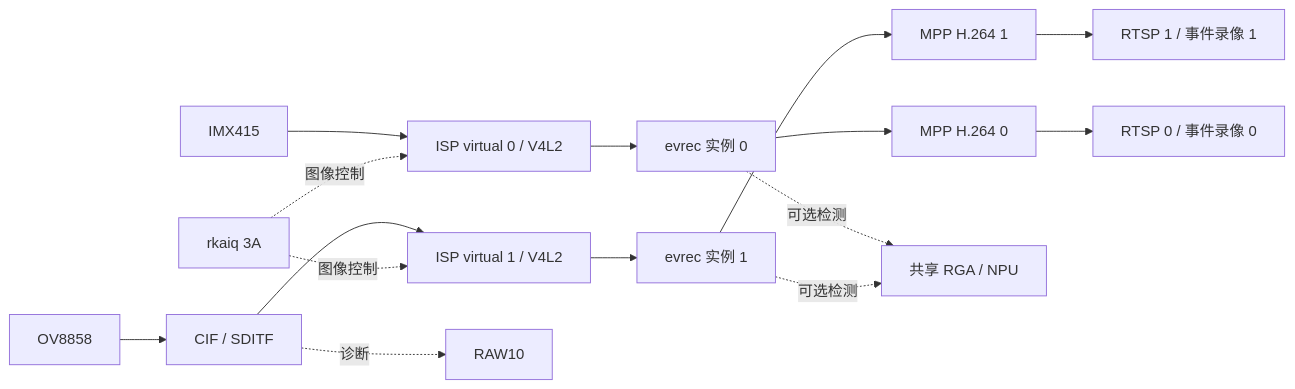
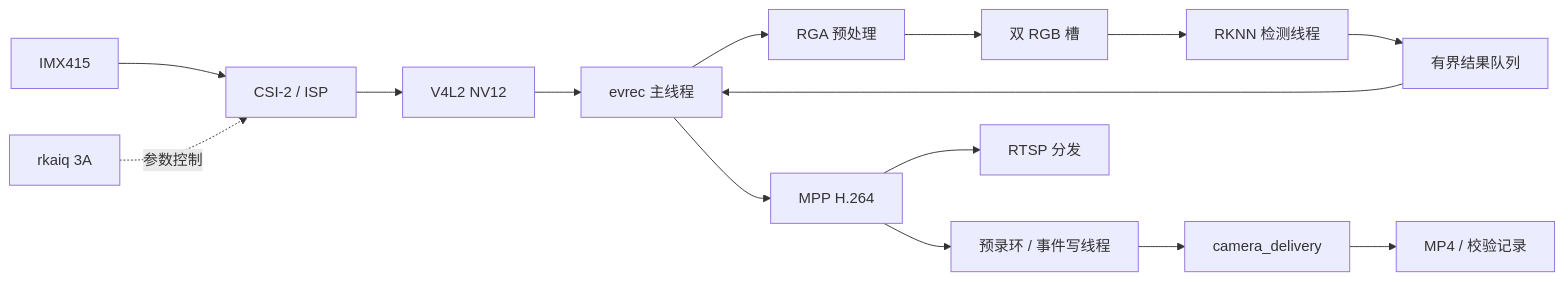
Before and after one commit to Ericsunny/rk3568-camera-driver: the diagram in README.md, drawn with Mermaid. The commit also changed other lines of this file and 60 other files, not shown here.

````diff
--- a/README.md
+++ b/README.md
@@ -11,16 +11,12 @@
 ```mermaid
 flowchart LR
-    I[IMX415] --> I0[ISP virtual 0 / V4L2]
-    O[OV8858] --> CIF[CIF / SDITF] --> I1[ISP virtual 1 / V4L2]
-    CIF -.诊断.-> RAW[RAW10]
-    I0 --> E0[evrec 实例 0]
-    I1 --> E1[evrec 实例 1]
-    E0 --> H0[MPP H.264 0]
-    E1 --> H1[MPP H.264 1]
-    H0 --> R0[RTSP 0 / 事件录像 0]
-    H1 --> R1[RTSP 1 / 事件录像 1]
-    E0 -.可选检测.-> NPU[共享 RGA / NPU]
-    E1 -.可选检测.-> NPU
-    A[rkaiq 3A] -.图像控制.-> I0
-    A -.图像控制.-> I1
+    S[IMX415] --> C[CSI-2 / ISP] --> V[V4L2 NV12]
+    A[rkaiq 3A] -.参数控制.-> C
+    V --> M[evrec 主线程]
+    M --> R[RGA 预处理] --> Q[双 RGB 槽] --> N[RKNN 检测线程]
+    N --> F[有界结果队列] --> M
+    M --> E[MPP H.264]
+    E --> P[预录环 / 事件写线程]
+    E --> T[RTSP 分发]
+    P --> D[camera_delivery] --> MP[MP4 / 校验记录]
 ```
````
